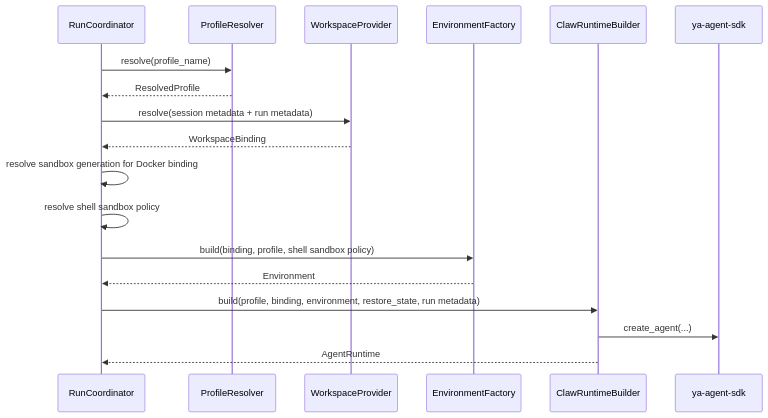
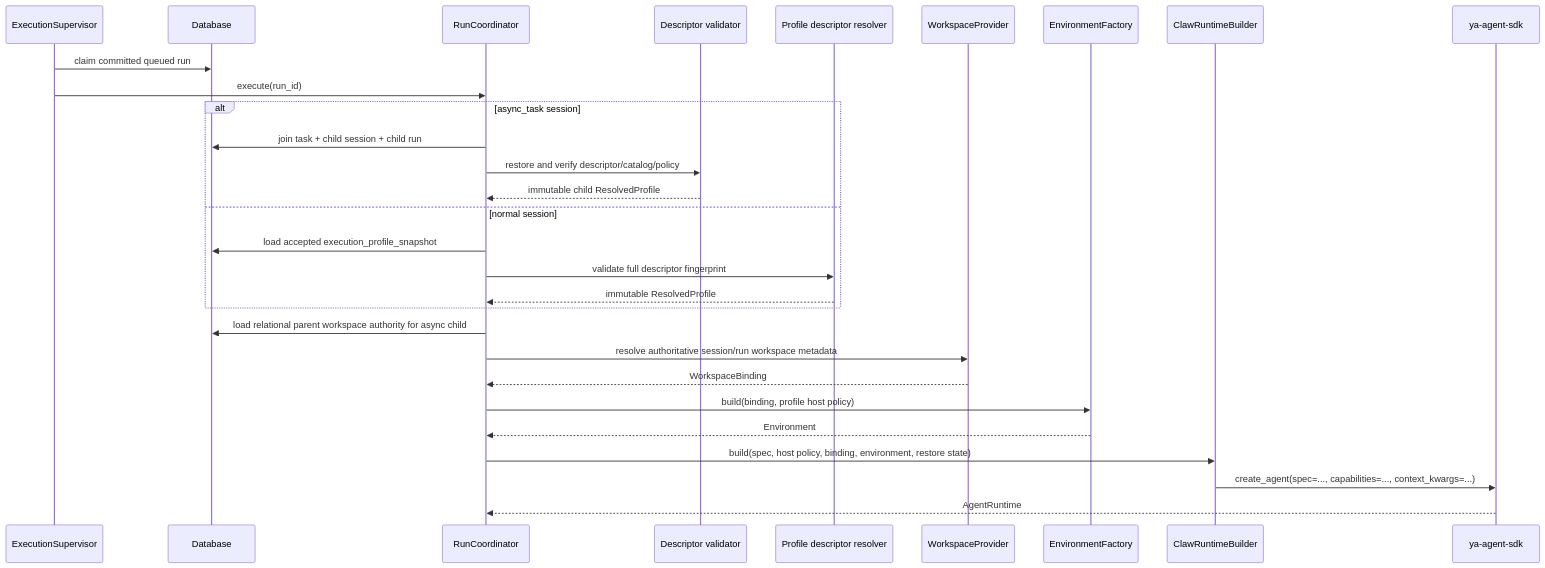
Before and after one commit to Wh1isper/ya-agent-sdk: the diagram in packages/ya-claw/spec/06-runtime-assembly.md, drawn with Mermaid. The commit also changed other lines of this file and 330 other files, not shown here.

First line of the commit message:
feat(runtime): replace DBOS with native execution coordinators

````diff
--- a/packages/ya-claw/spec/06-runtime-assembly.md
+++ b/packages/ya-claw/spec/06-runtime-assembly.md
@@ -108,21 +59,32 @@
 ```mermaid
 sequenceDiagram
+    participant SUP as ExecutionSupervisor
+    participant SQL as Database
     participant COORD as RunCoordinator
-    participant PROF as ProfileResolver
+    participant DESC as Descriptor validator
+    participant PROF as Profile descriptor resolver
     participant WP as WorkspaceProvider
     participant EF as EnvironmentFactory
     participant RB as ClawRuntimeBuilder
     participant SDK as ya-agent-sdk
 
-    COORD->>PROF: resolve(profile_name)
-    PROF-->>COORD: ResolvedProfile
-    COORD->>WP: resolve(session metadata + run metadata)
+    SUP->>SQL: claim committed queued run
+    SUP->>COORD: execute(run_id)
+    alt async_task session
+        COORD->>SQL: join task + child session + child run
+        COORD->>DESC: restore and verify descriptor/catalog/policy
+        DESC-->>COORD: immutable child ResolvedProfile
+    else normal session
+        COORD->>SQL: load accepted execution_profile_snapshot
+        COORD->>PROF: validate full descriptor fingerprint
+        PROF-->>COORD: immutable ResolvedProfile
+    end
+    COORD->>SQL: load relational parent workspace authority for async child
+    COORD->>WP: resolve authoritative session/run workspace metadata
     WP-->>COORD: WorkspaceBinding
-    COORD->>COORD: resolve sandbox generation for Docker binding
-    COORD->>COORD: resolve shell sandbox policy
-    COORD->>EF: build(binding, profile, shell sandbox policy)
+    COORD->>EF: build(binding, profile host policy)
     EF-->>COORD: Environment
-    COORD->>RB: build(profile, binding, environment, restore_state, run metadata)
-    RB->>SDK: create_agent(...)
-    RB-->>COORD: AgentRuntime
+    COORD->>RB: build(spec, host policy, binding, environment, restore state)
+    RB->>SDK: create_agent(spec=..., capabilities=..., context_kwargs=...)
+    SDK-->>COORD: AgentRuntime
 ```
````
